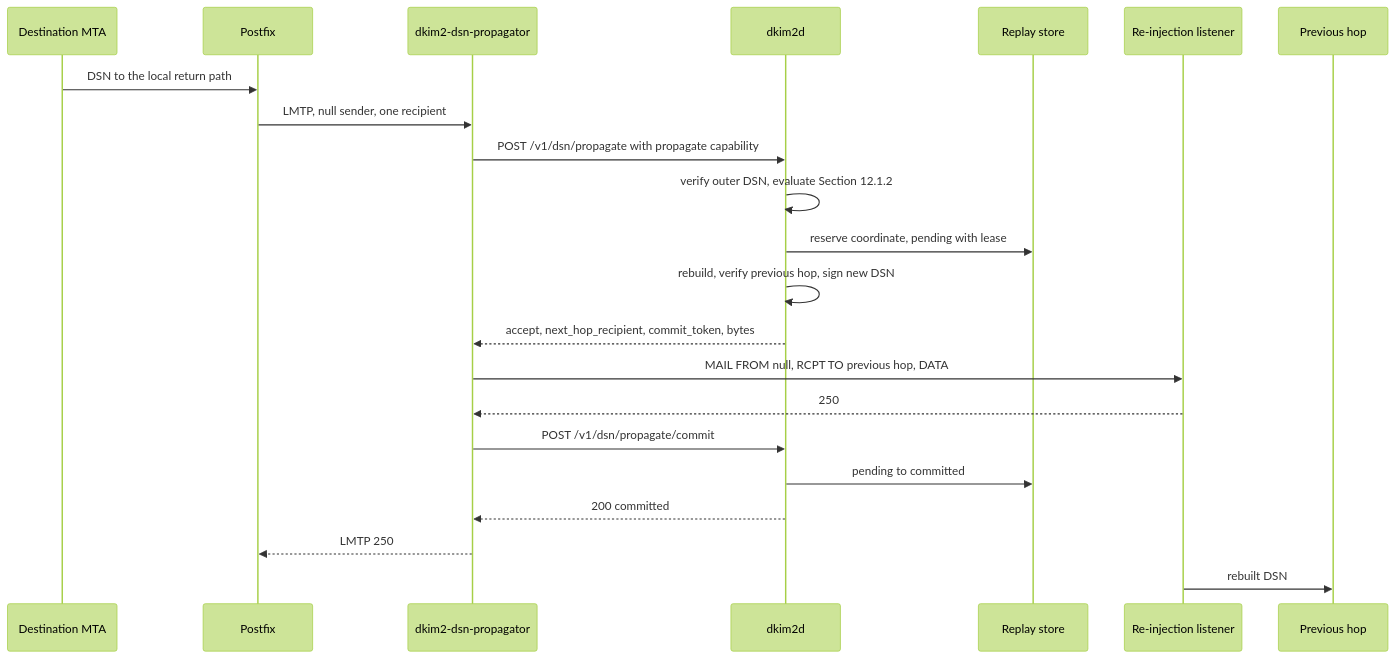
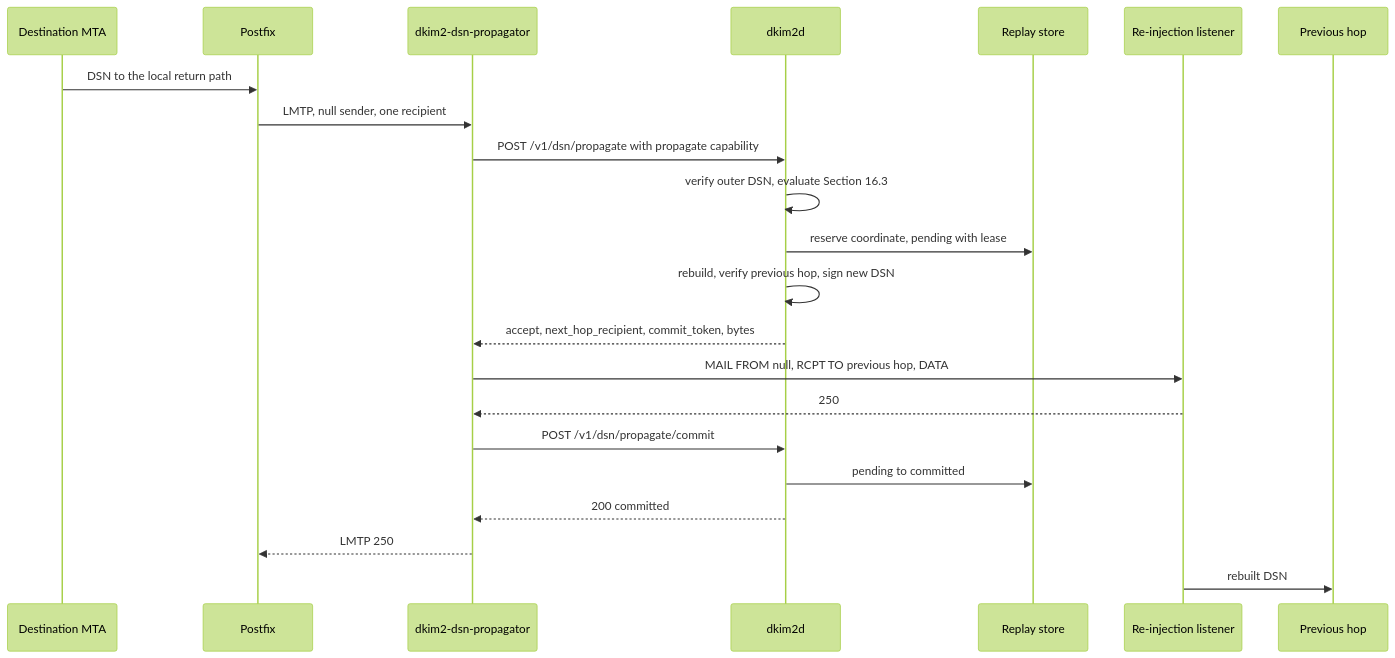
The eighth of 10 diagrams in docs/operator/deployment-walkthrough.md (croessner/dkim2), drawn with Mermaid (forest theme) before and after one commit. The commit also changed other lines of this file and 38 other files, not shown here.

````diff
--- a/docs/operator/deployment-walkthrough.md
+++ b/docs/operator/deployment-walkthrough.md
@@ -519,24 +519,24 @@
 ```mermaid
 sequenceDiagram
     participant Dest as Destination MTA
     participant MTA as Postfix
     participant Prop as dkim2-dsn-propagator
     participant Daemon as dkim2d
     participant Replay as Replay store
     participant Listener as Re-injection listener
     participant Prev as Previous hop
     Dest->>MTA: DSN to the local return path
     MTA->>Prop: LMTP, null sender, one recipient
     Prop->>Daemon: POST /v1/dsn/propagate with propagate capability
-    Daemon->>Daemon: verify outer DSN, evaluate Section 12.1.2
+    Daemon->>Daemon: verify outer DSN, evaluate Section 16.3
     Daemon->>Replay: reserve coordinate, pending with lease
     Daemon->>Daemon: rebuild, verify previous hop, sign new DSN
     Daemon-->>Prop: accept, next_hop_recipient, commit_token, bytes
     Prop->>Listener: MAIL FROM null, RCPT TO previous hop, DATA
     Listener-->>Prop: 250
     Prop->>Daemon: POST /v1/dsn/propagate/commit
     Daemon->>Replay: pending to committed
     Daemon-->>Prop: 200 committed
     Prop-->>MTA: LMTP 250
     Listener->>Prev: rebuilt DSN
 ```
````
